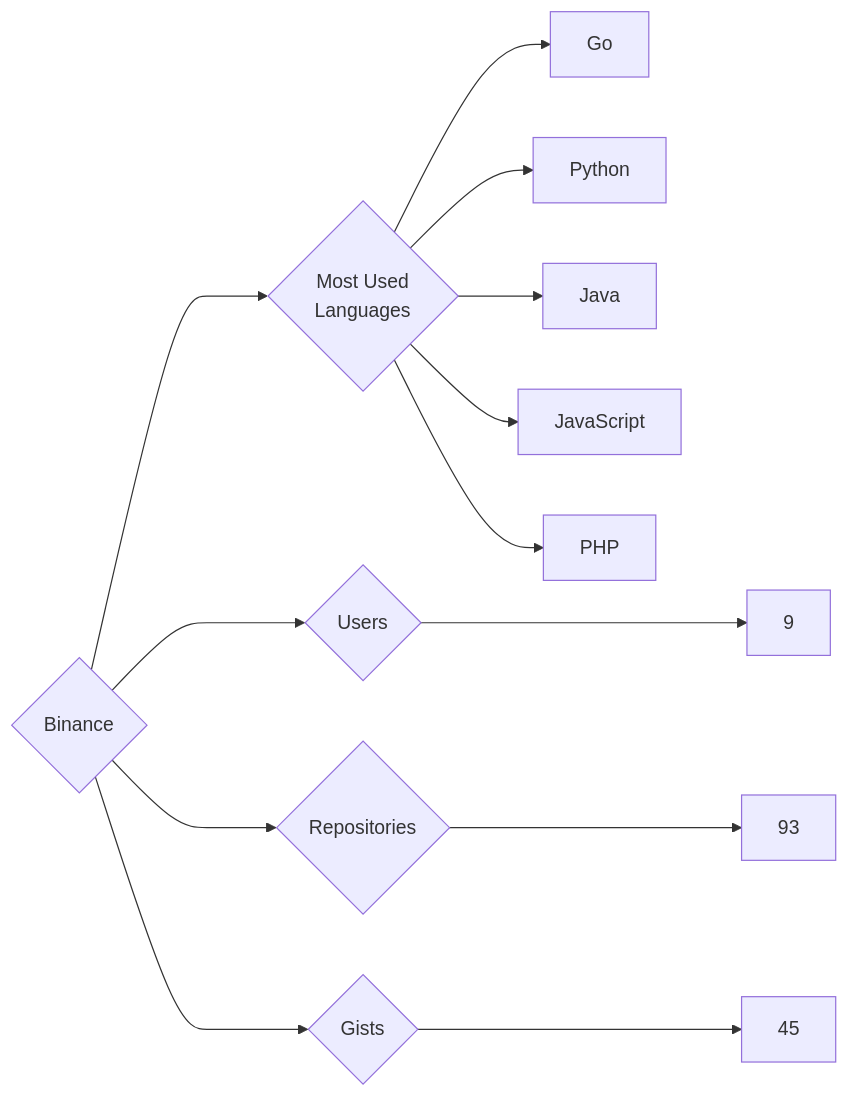
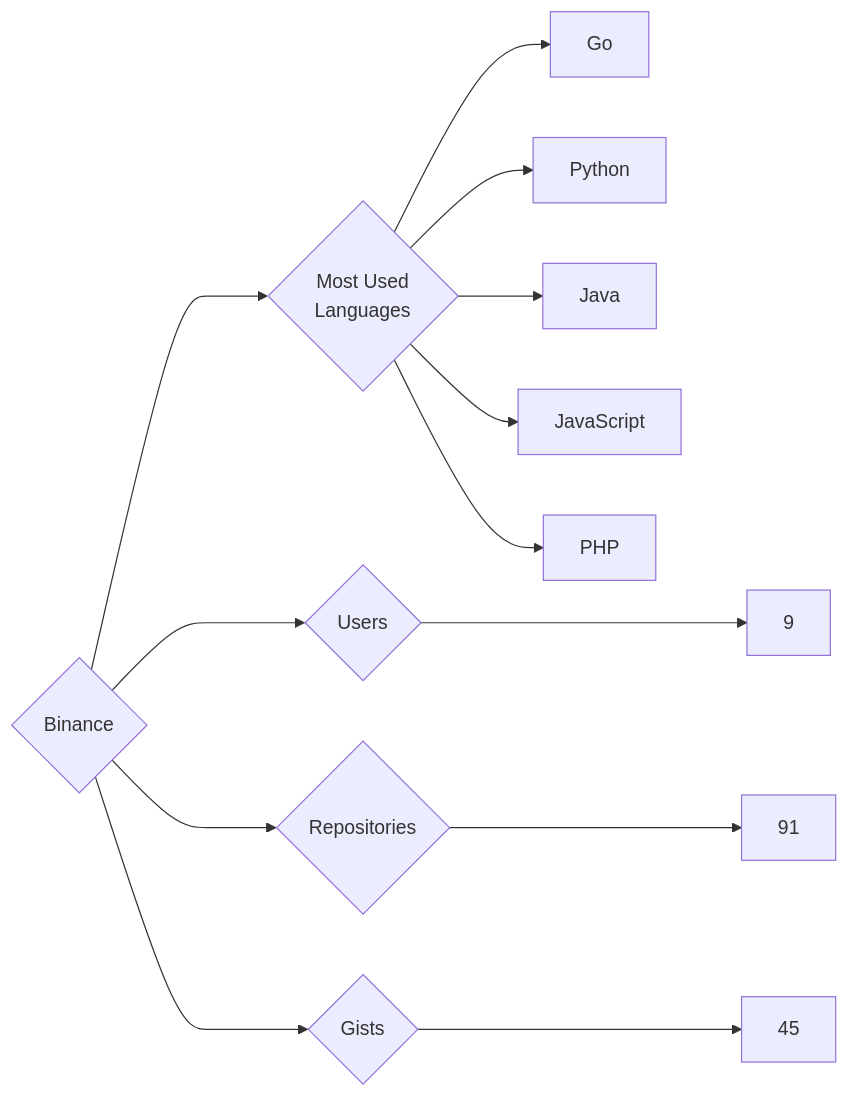
One commit to trickest/insiders changed the diagram in targets/Binance/README.md. Above: the diagram before and after it, drawn with Mermaid. The commit also changed 1055 other files, not shown here.

````diff
--- a/targets/Binance/README.md
+++ b/targets/Binance/README.md
@@ -3,13 +3,13 @@
 ```mermaid
 graph LR
 COMPANY_NAME{Binance}
 COMPANY_NAME ---> U{Users} ---> UN[9]
-COMPANY_NAME ---> R{Repositories} ---> RN[93]
+COMPANY_NAME ---> R{Repositories} ---> RN[91]
 COMPANY_NAME ---> G{Gists} ---> GN[45]
 COMPANY_NAME ---> ML{Most Used<br>Languages}
 ML --> Go[Go]
 ML --> Python[Python]
 ML --> Java[Java]
 ML --> JavaScript[JavaScript]
 ML --> PHP[PHP]
 ```
````
